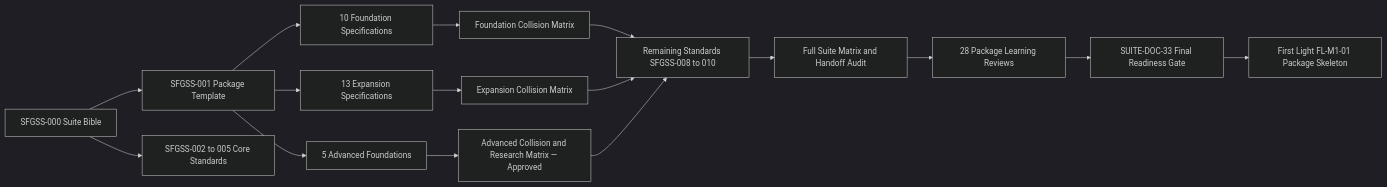
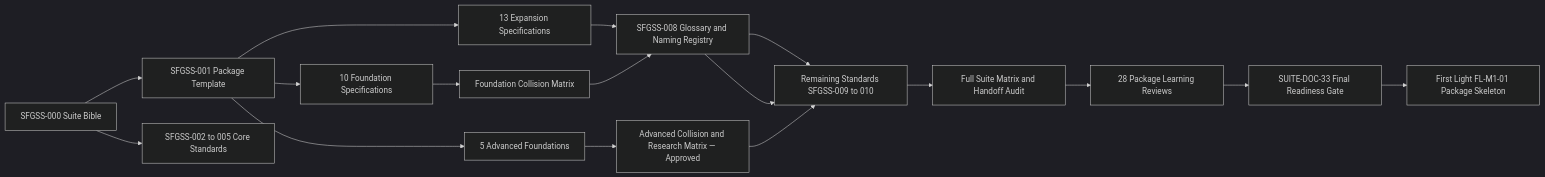
The first of 4 diagrams in Plan Documentation/Suite_Graph_Roadmap.md (echodevgames/The-Sperk-Forge), drawn with Mermaid (dark theme) before and after one commit. The commit also changed other lines of this file and 15 other files, not shown here.

````diff
--- a/Plan Documentation/Suite_Graph_Roadmap.md
+++ b/Plan Documentation/Suite_Graph_Roadmap.md
@@ -30,18 +30,19 @@
 ```mermaid
 flowchart LR
     A[SFGSS-000 Suite Bible] --> B[SFGSS-001 Package Template]
     A --> C[SFGSS-002 to 005 Core Standards]
     B --> D[10 Foundation Specifications]
     B --> E[13 Expansion Specifications]
     B --> F[5 Advanced Foundations]
     D --> G[Foundation Collision Matrix]
     E --> H[Expansion Collision Matrix]
     F --> I[Advanced Collision and Research Matrix — Approved]
-    G --> J[Remaining Standards SFGSS-008 to 010]
+    G --> H[SFGSS-008 Glossary and Naming Registry]
+    H --> J[Remaining Standards SFGSS-009 to 010]
     H --> J
     I --> J
     J --> K[Full Suite Matrix and Handoff Audit]
     K --> L[28 Package Learning Reviews]
     L --> M[SUITE-DOC-33 Final Readiness Gate]
     M --> N[First Light FL-M1-01 Package Skeleton]
 ```
````
